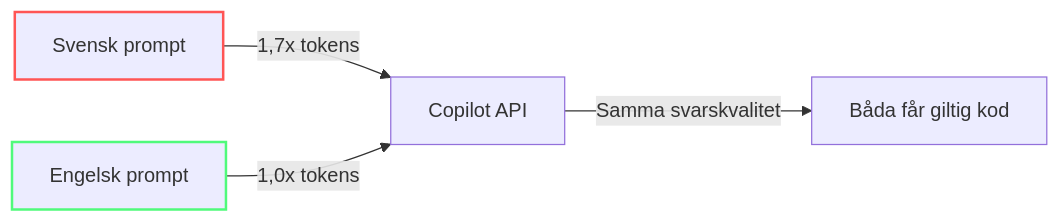
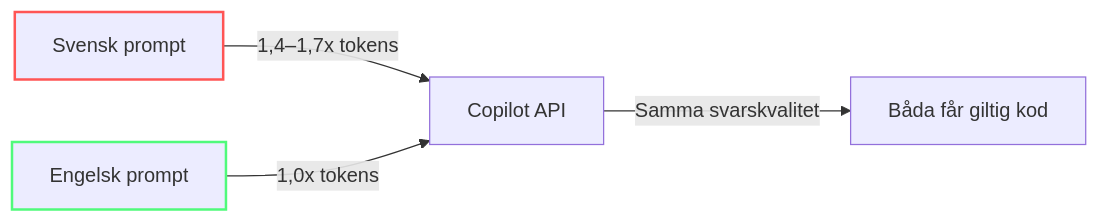
The diagram in token-economy-course/src/content/docs/sv/05-cheaper-prompts.mdx (dandahprecio/vibe-on-budget), drawn with Mermaid before and after one commit. The commit also changed other lines of this file and 17 other files, not shown here.

````diff
--- a/token-economy-course/src/content/docs/sv/05-cheaper-prompts.mdx
+++ b/token-economy-course/src/content/docs/sv/05-cheaper-prompts.mdx
@@ -146,9 +146,9 @@
 ```mermaid
 flowchart LR
-    A[Svensk prompt] -->|1,7x tokens| B[Copilot API]
+    A[Svensk prompt] -->|1,4–1,7x tokens| B[Copilot API]
     C[Engelsk prompt] -->|1,0x tokens| B
     B -->|Samma svarskvalitet| D[Båda får giltig kod]
     
     style A stroke:#ff5555,stroke-width:2px
     style C stroke:#50fa7b,stroke-width:2px
 ```
````
